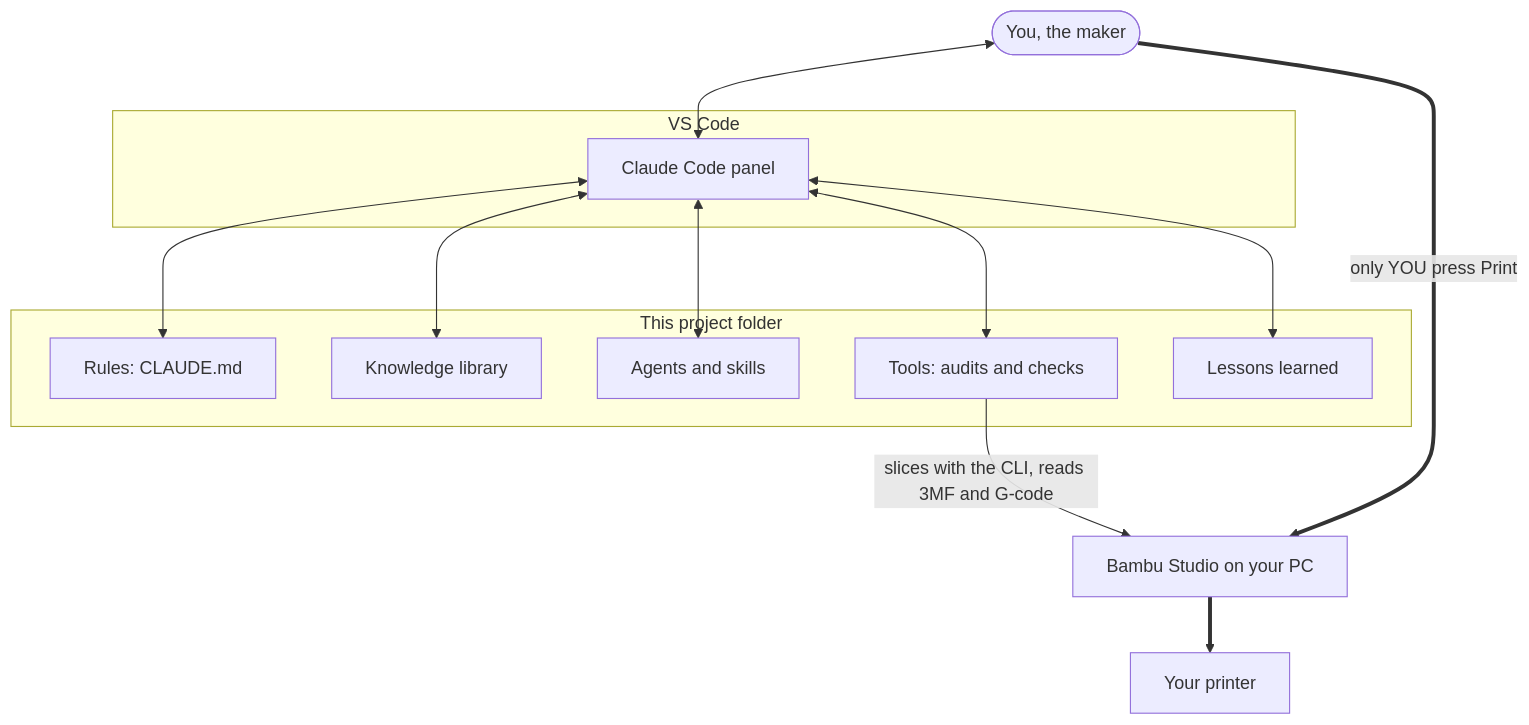
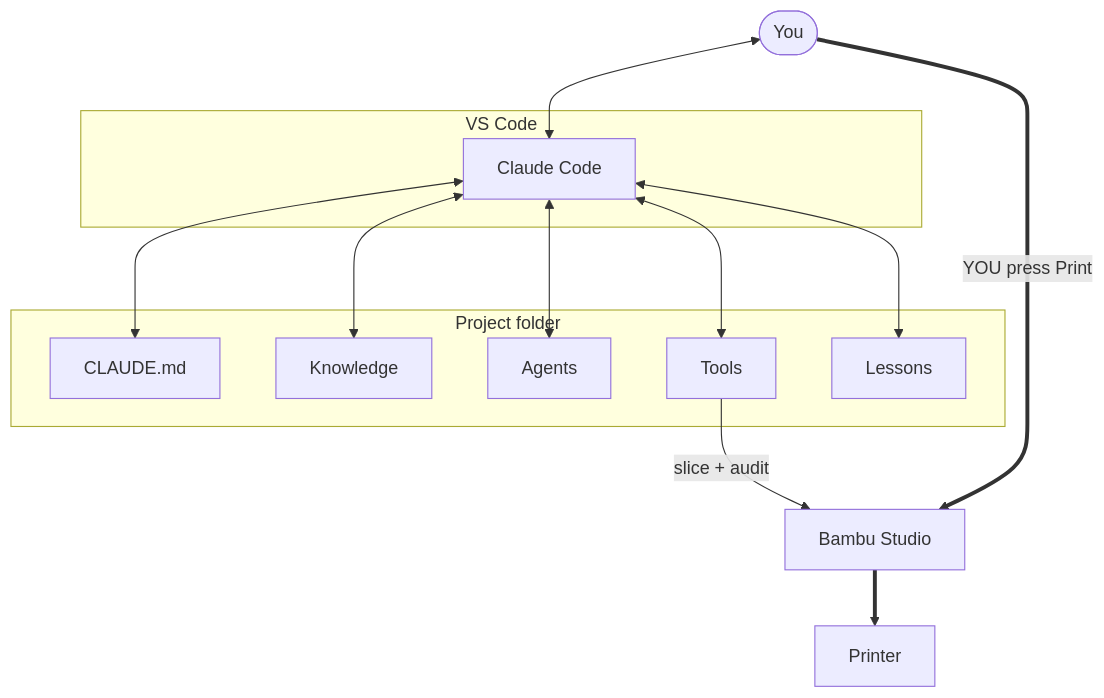
The first of 3 diagrams in README.md (mementomori-co/maker-mastery), drawn with Mermaid before and after one commit. The commit also changed other lines of this file and 75 other files, not shown here.

````diff
--- a/README.md
+++ b/README.md
@@ -160,25 +172,25 @@
 ```mermaid
 flowchart TB
-    you(["You, the maker"])
+    you(["You"])
     subgraph vscode["VS Code"]
-        cc["Claude Code panel"]
+        cc["Claude Code"]
     end
-    subgraph project["This project folder"]
-        rules["Rules: CLAUDE.md"]
-        know["Knowledge library"]
-        agents["Agents and skills"]
-        tools["Tools: audits and checks"]
-        lessons["Lessons learned"]
+    subgraph project["Project folder"]
+        rules["CLAUDE.md"]
+        know["Knowledge"]
+        agents["Agents"]
+        tools["Tools"]
+        lessons["Lessons"]
     end
-    bs["Bambu Studio on your PC"]
-    printer["Your printer"]
+    bs["Bambu Studio"]
+    printer["Printer"]
     you <--> cc
     cc <--> rules
     cc <--> know
     cc <--> agents
     cc <--> tools
     cc <--> lessons
-    tools -- "slices with the CLI, reads 3MF and G-code" --> bs
-    you == "only YOU press Print" ==> bs
+    tools -- "slice + audit" --> bs
+    you == "YOU press Print" ==> bs
     bs ==> printer
 ```
````
